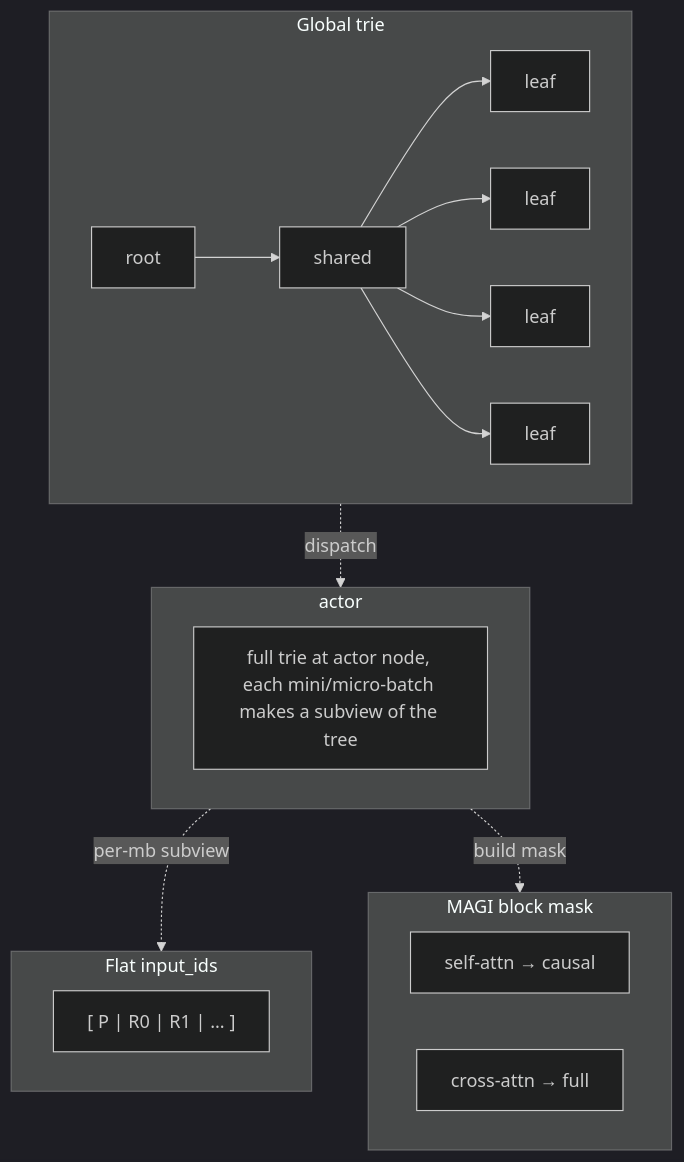
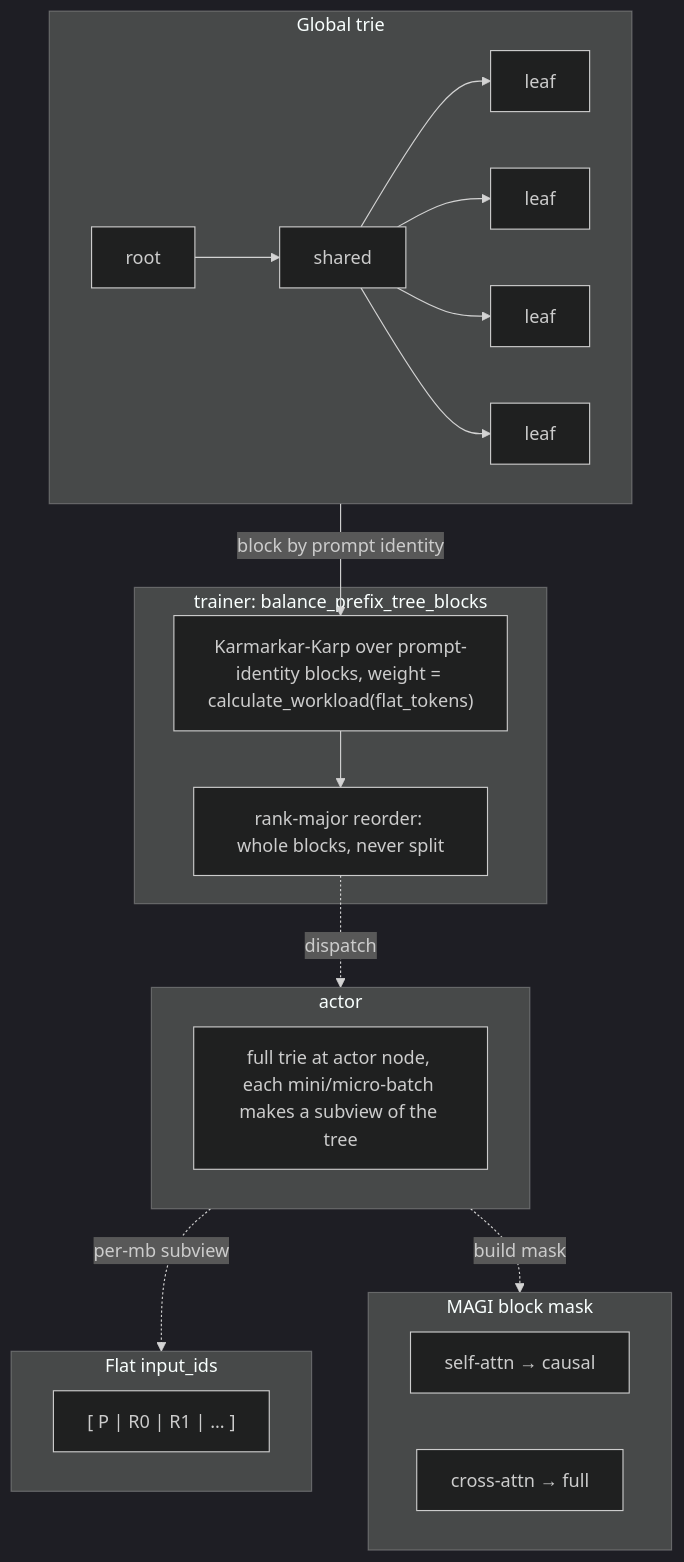
The diagram in docs/advance/prefix_tree.md (meituan-search/verl), drawn with Mermaid (dark theme) before and after one commit. The commit also changed other lines of this file and 23 other files, not shown here.

````diff
--- a/docs/advance/prefix_tree.md
+++ b/docs/advance/prefix_tree.md
@@ -65,25 +65,31 @@
 ```mermaid
 graph TD
     subgraph T["Global trie"]
         R[root]
         P["shared"]
         R --> P
         P --> L0["leaf"]
         P --> L1["leaf"]
         P --> L2["leaf"]
         P --> L3["leaf"]
     end
+    subgraph B["trainer: balance_prefix_tree_blocks"]
+        K["Karmarkar-Karp over prompt-identity blocks, weight = calculate_workload(flat_tokens)"]
+        O["rank-major reorder: whole blocks, never split"]
+    end
     subgraph W["actor"]
         V["full trie at actor node, each mini/micro-batch makes a subview of the tree"]
     end
     subgraph F["Flat input_ids"]
         F1["[ P | R0 | R1 | ... ]"]
     end
     subgraph M["MAGI block mask"]
         M1["self-attn → causal"]
         M2["cross-attn → full"]
     end
-    T -.->|dispatch| W
+    T -->|"block by prompt identity"| K
+    K --> O
+    O -.->|dispatch| W
     W -.->|per-mb subview| F
     W -.->|build mask| M
 ```
````
